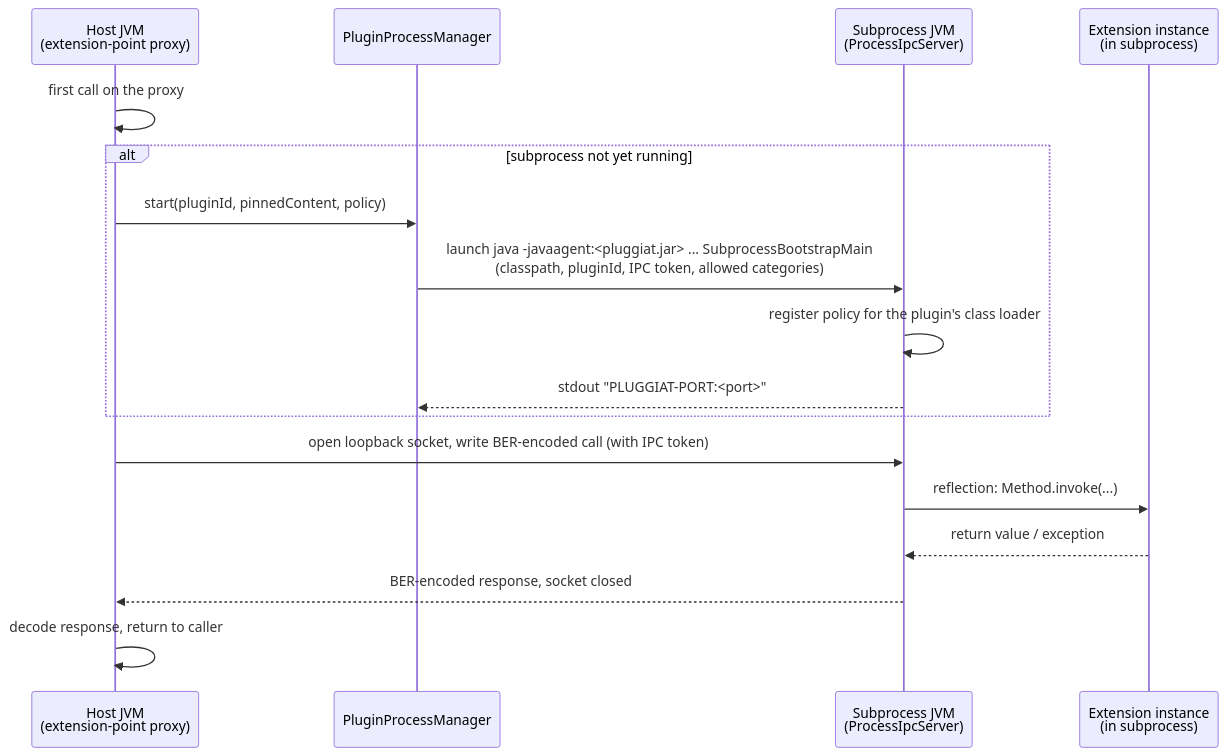
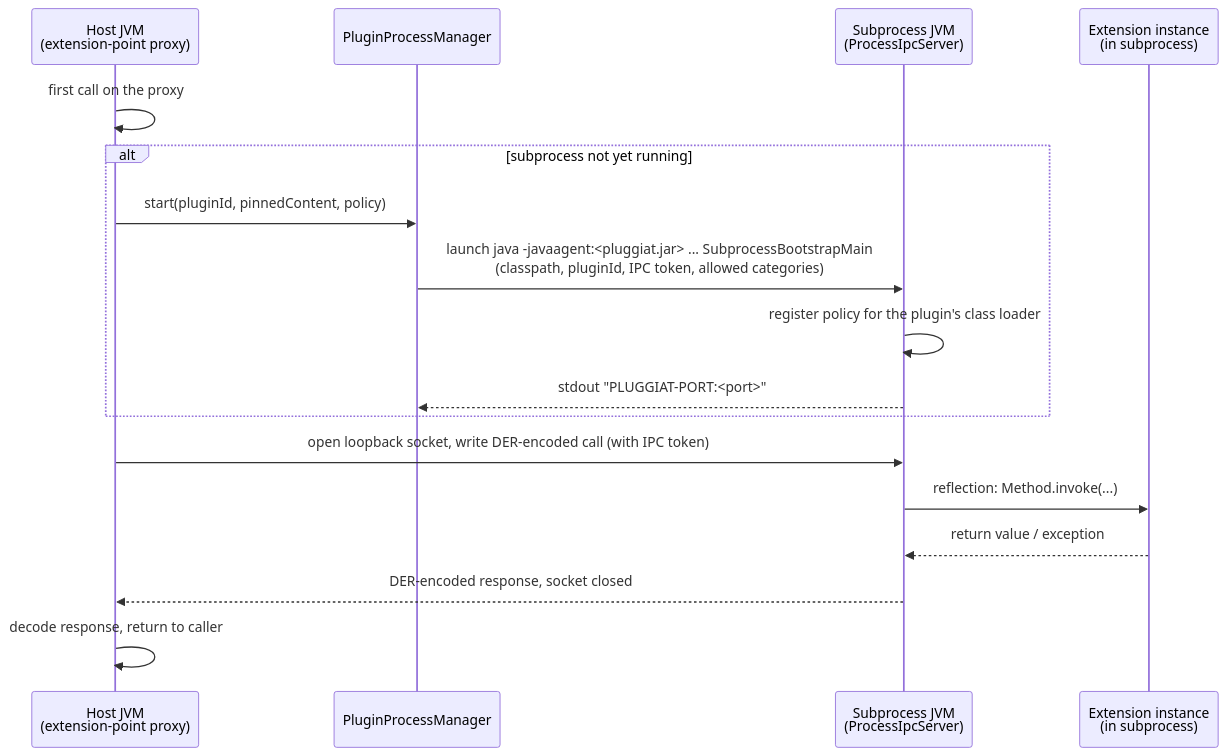
The second of 2 diagrams in docs/docs/host-integration/sandbox.md (KleinerHacker/pluggiat), drawn with Mermaid before and after one commit. The commit also changed other lines of this file and 16 other files, not shown here.

Commit message:
Switch IPC encoding from ASN.1 BER to ASN.1 DER and expand type support to include Kotlin data classes as nested object graphs.

````diff
--- a/docs/docs/host-integration/sandbox.md
+++ b/docs/docs/host-integration/sandbox.md
@@ -252,20 +252,20 @@
 ```mermaid
 sequenceDiagram
     participant Host as Host JVM<br/>(extension-point proxy)
     participant Mgr as PluginProcessManager
     participant Sub as Subprocess JVM<br/>(ProcessIpcServer)
     participant Ext as Extension instance<br/>(in subprocess)
 
     Host->>Host: first call on the proxy
     alt subprocess not yet running
         Host->>Mgr: start(pluginId, pinnedContent, policy)
         Mgr->>Sub: launch java -javaagent:<pluggiat.jar> ... SubprocessBootstrapMain<br/>(classpath, pluginId, IPC token, allowed categories)
         Sub->>Sub: register policy for the plugin's class loader
         Sub-->>Mgr: stdout "PLUGGIAT-PORT:<port>"
     end
-    Host->>Sub: open loopback socket, write BER-encoded call (with IPC token)
+    Host->>Sub: open loopback socket, write DER-encoded call (with IPC token)
     Sub->>Ext: reflection: Method.invoke(...)
     Ext-->>Sub: return value / exception
-    Sub-->>Host: BER-encoded response, socket closed
+    Sub-->>Host: DER-encoded response, socket closed
     Host->>Host: decode response, return to caller
 ```
````
